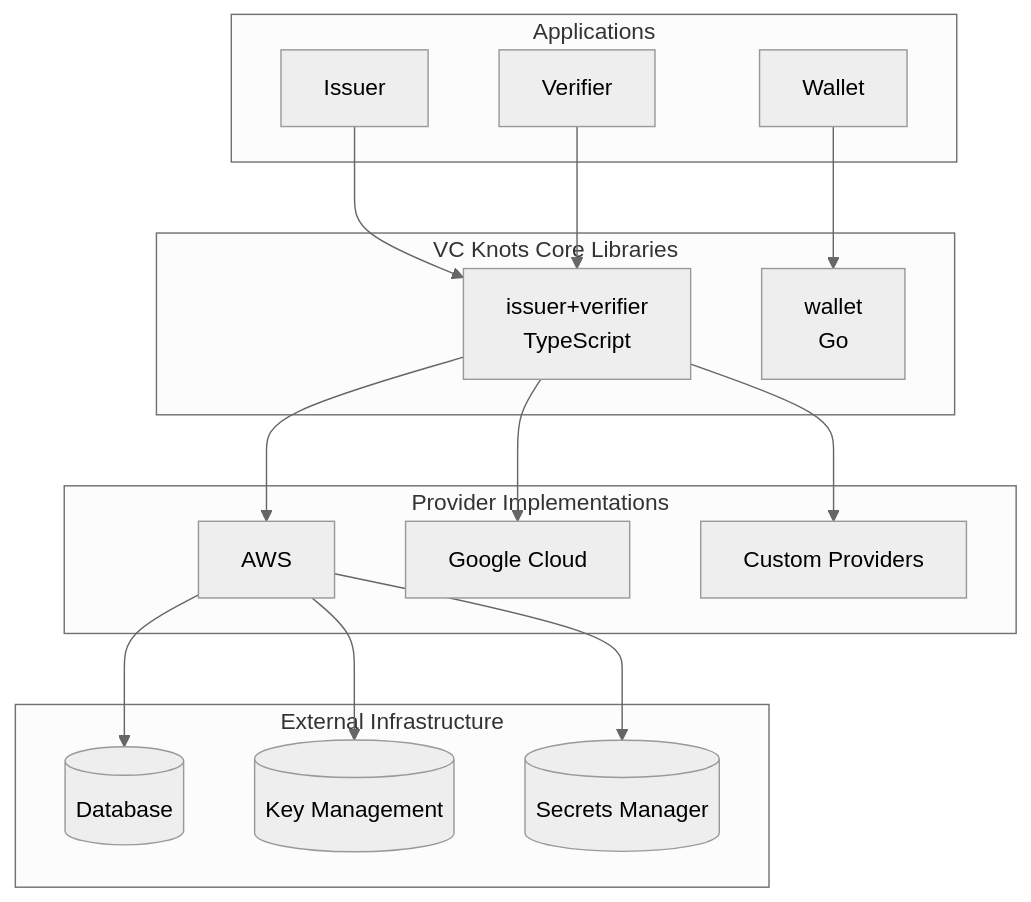
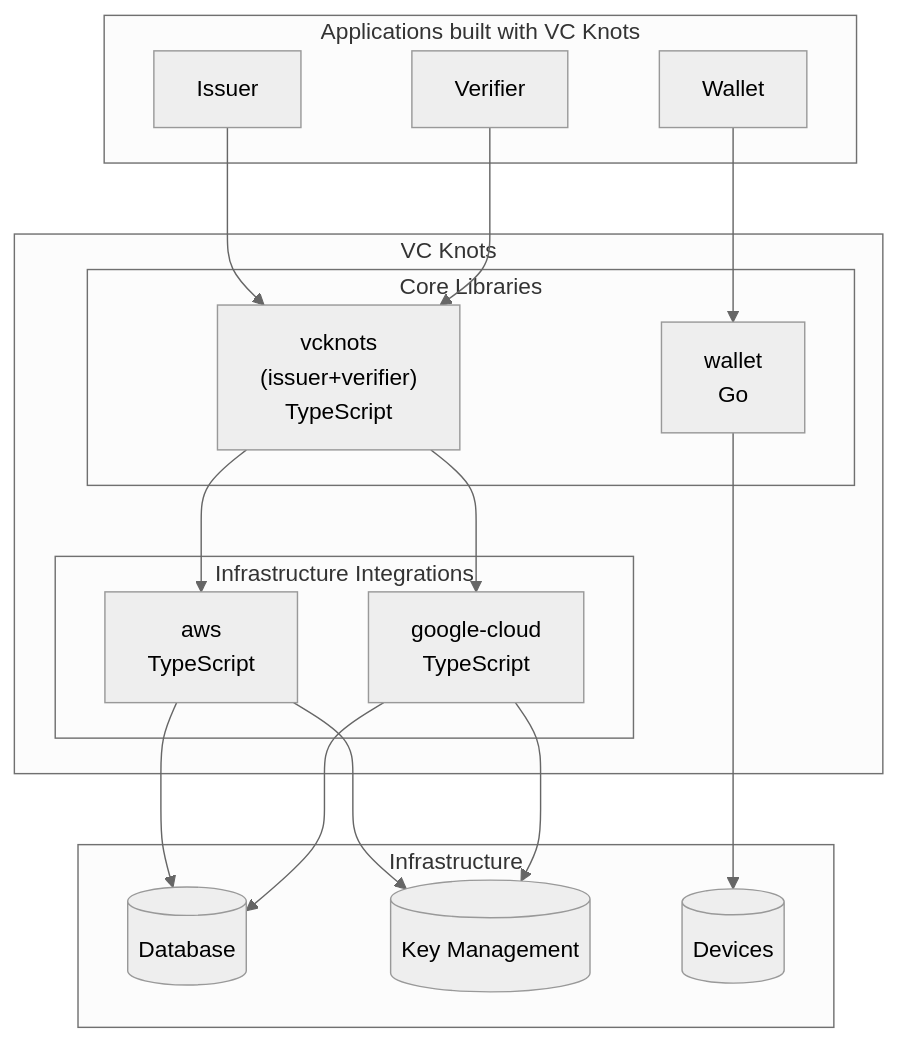
Before and after one commit to trustknots/vcknots: the first of 4 diagrams in docs/en/architecture-overview.md, drawn with Mermaid (neutral theme). The commit also changed other lines of this file and 1 other file, not shown here.

Commit message:
docs: re-translate architecture-overview

````diff
--- a/docs/en/architecture-overview.md
+++ b/docs/en/architecture-overview.md
@@ -11,38 +16,42 @@
 ```mermaid
 flowchart TB
 
-    subgraph APP["Applications"]
-        ISSUER[Issuer]
-        WALLET[Wallet]
-        VERIFIER[Verifier]
+    subgraph APP["Applications built with VC Knots"]
+        ISSUERAPP[Issuer]
+        WALLETAPP[Wallet]
+        VERIFIERAPP[Verifier]
     end
 
-    subgraph CORE["VC Knots Core Libraries"]
-        IV["issuer+verifier<br/>TypeScript"]
-        W["wallet<br/>Go"]
+    subgraph VCKNOTS["VC Knots"]
+
+        subgraph CORE["Core Libraries"]
+            vcknots["vcknots<br/>(issuer+verifier)<br/>TypeScript"]
+            wallet["wallet<br/>Go"]
+        end
+
+        subgraph INFRAINT["Infrastructure Integrations"]
+            aws[aws<br/>TypeScript]
+            gcp[google-cloud<br/>TypeScript]
+        end
+
     end
 
-    subgraph PROVIDER["Provider Implementations"]
-        AWS[AWS]
-        GCP[Google Cloud]
-        CUSTOM[Custom Providers]
+    subgraph INFRA["Infrastructure"]
+        DB[(Database)]
+        KMS[(Key Management)]
+        DEVICE[(Devices)]
     end
 
-    subgraph INFRA["External Infrastructure"]
-        DB[(Database)]
-        KMS[(Key Management)]
-        SECRET[(Secrets Manager)]
-    end
+    ISSUERAPP --> vcknots
+    VERIFIERAPP --> vcknots
+    WALLETAPP --> wallet
 
-    ISSUER --> IV
-    VERIFIER --> IV
-    WALLET --> W
+    vcknots --> aws
+    vcknots --> gcp
 
-    IV --> AWS
-    IV --> GCP
-    IV --> CUSTOM
-
-    AWS --> DB
-    AWS --> KMS
-    AWS --> SECRET
+    aws --> DB
+    aws --> KMS
+    gcp --> DB
+    gcp --> KMS
+    wallet --> DEVICE
 ```
````
